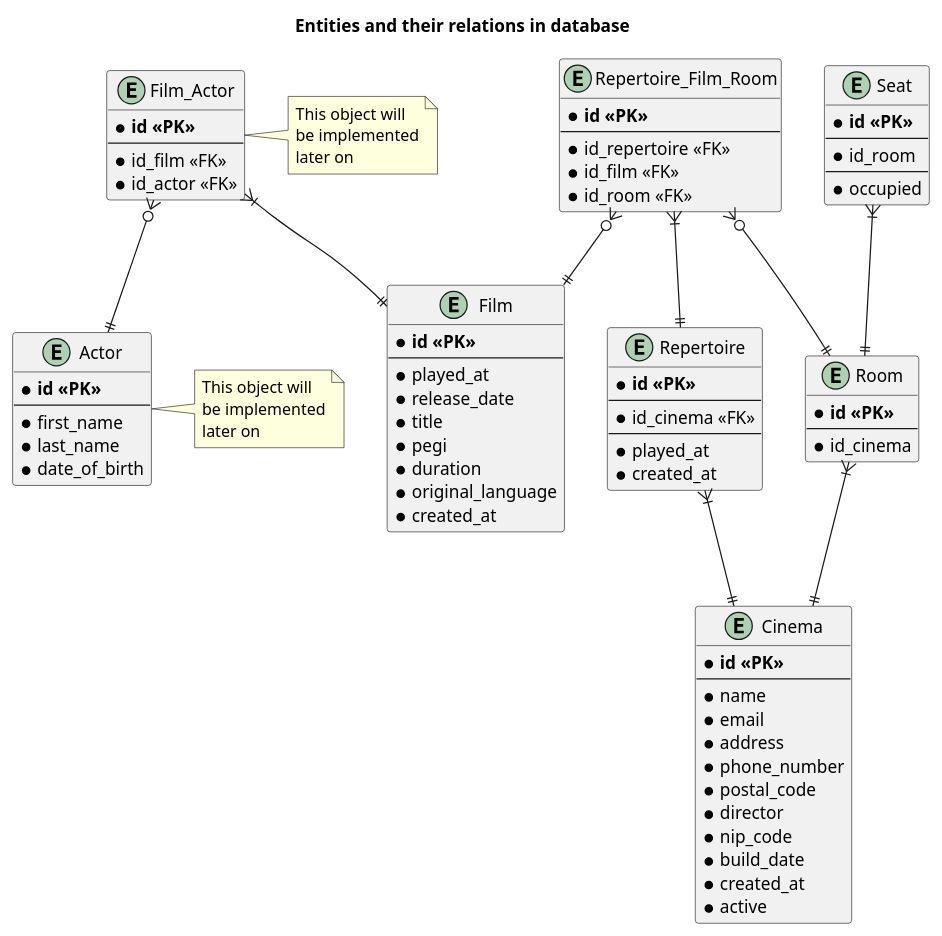
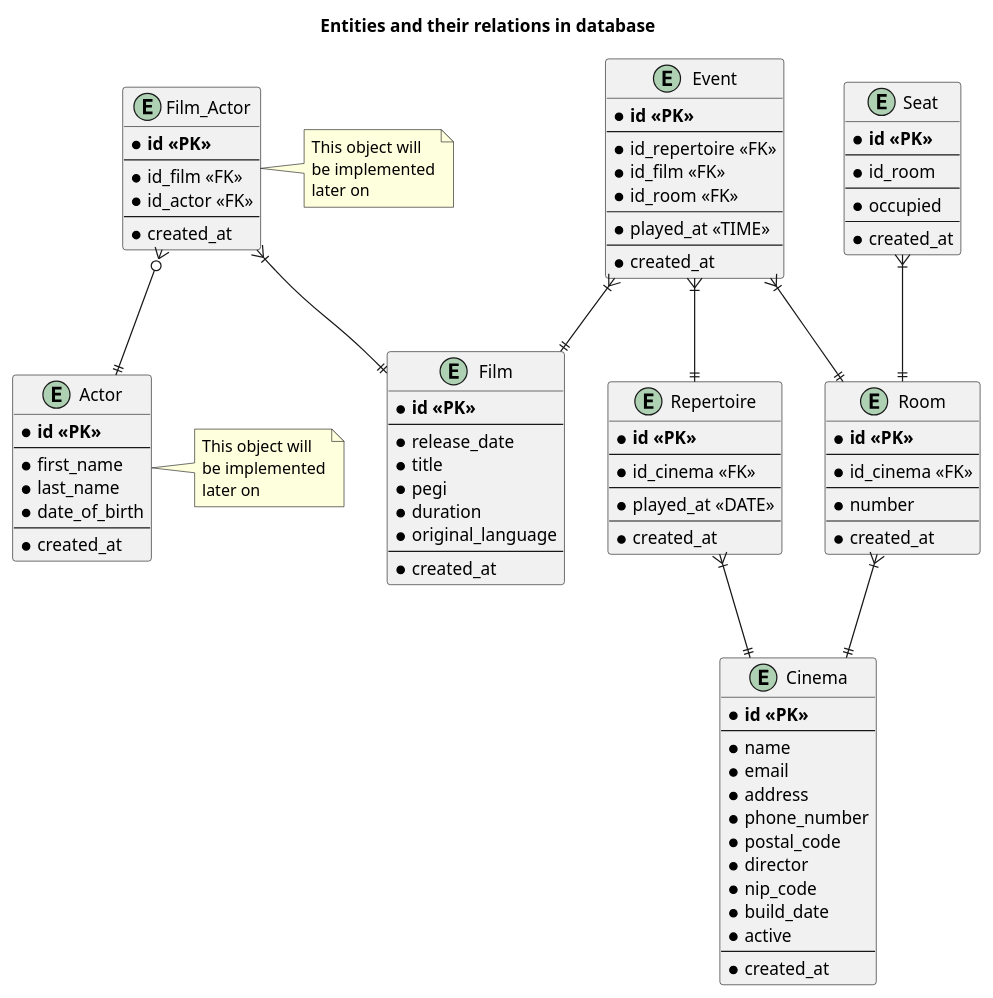
One commit to Matiar15/cinema-gateway changed the diagram in documentation/database/db_relations.puml. Above: the diagram before and after it, drawn with PlantUML. The commit also changed 52 other files, not shown here.

First line of the commit message:
CINEMA_API_3_1 - Seat and Room refactor (#9)

```diff
--- a/documentation/database/db_relations.puml
+++ b/documentation/database/db_relations.puml
@@ -1,83 +1,99 @@
 @startuml
 title Entities and their relations in database
 
 entity Cinema {
     * **id <<PK>>**
     --
     * name
     * email
     * address
     * phone_number
     * postal_code
     * director
     * nip_code
     * build_date
+    * active
+    --
     * created_at
-    * active
 }
 
 entity Repertoire {
     * **id <<PK>>**
     --
     * id_cinema <<FK>>
     --
-    * played_at
+    * played_at <<DATE>>
+    --
     * created_at
 }
 
 entity Film {
     * **id <<PK>>**
     --
-    * played_at
     * release_date
     * title
     * pegi
     * duration
     * original_language
+    --
     * created_at
 }
 
-entity Repertoire_Film_Room {
+entity Event {
     * **id <<PK>>**
     --
     * id_repertoire <<FK>>
     * id_film <<FK>>
     * id_room <<FK>>
+    --
+    * played_at <<TIME>>
+    --
+    * created_at
 }
 entity Room {
     * **id <<PK>>**
     --
-    * id_cinema
+    * id_cinema <<FK>>
+    --
+    * number
+    --
+    * created_at
 }
 entity Seat {
     * **id <<PK>>**
     --
     * id_room
     --
     * occupied
+    --
+    * created_at
 }
 
 entity Film_Actor {
     * **id <<PK>>**
     --
     * id_film <<FK>>
     * id_actor <<FK>>
+    --
+    * created_at
 }
 note right: This object will\nbe implemented\nlater on
 entity Actor {
     * **id <<PK>>**
     --
     * first_name
     * last_name
     * date_of_birth
+    --
+    * created_at
 }
 note right: This object will\nbe implemented\nlater on
 Repertoire      }|--|| Cinema
-Repertoire_Film_Room }o--|| Film
-Repertoire_Film_Room }|--|| Repertoire
+Event }|--|| Film
+Event }|--|| Repertoire
+Event }|--|| Room
 Seat            }|--|| Room
 Film_Actor      }|--|| Film
 Film_Actor      }o--|| Actor
 Room            }|--|| Cinema
-Repertoire_Film_Room }o--|| Room
 @enduml
```
